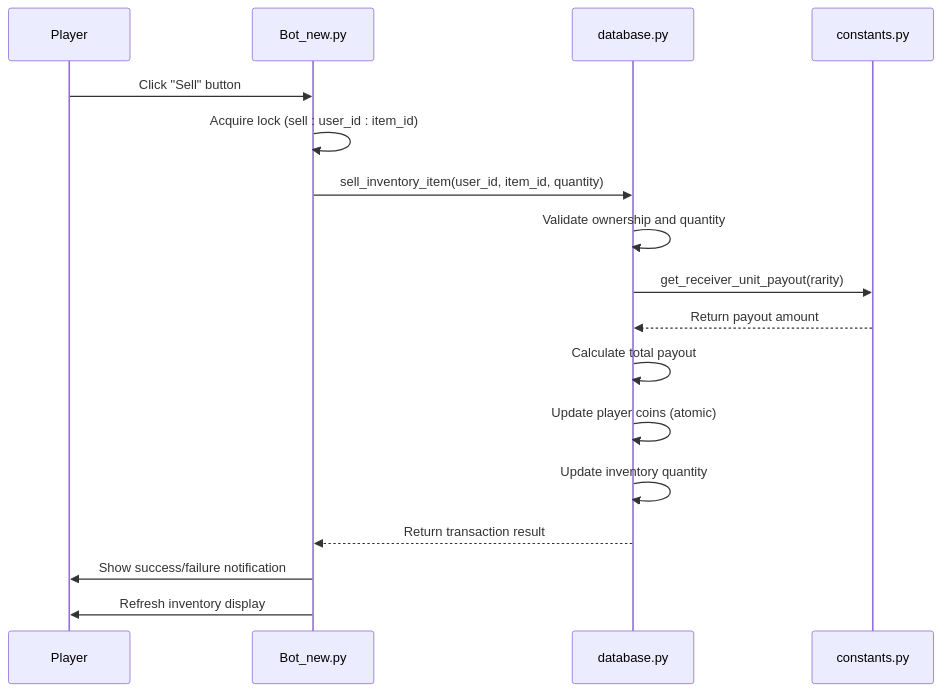
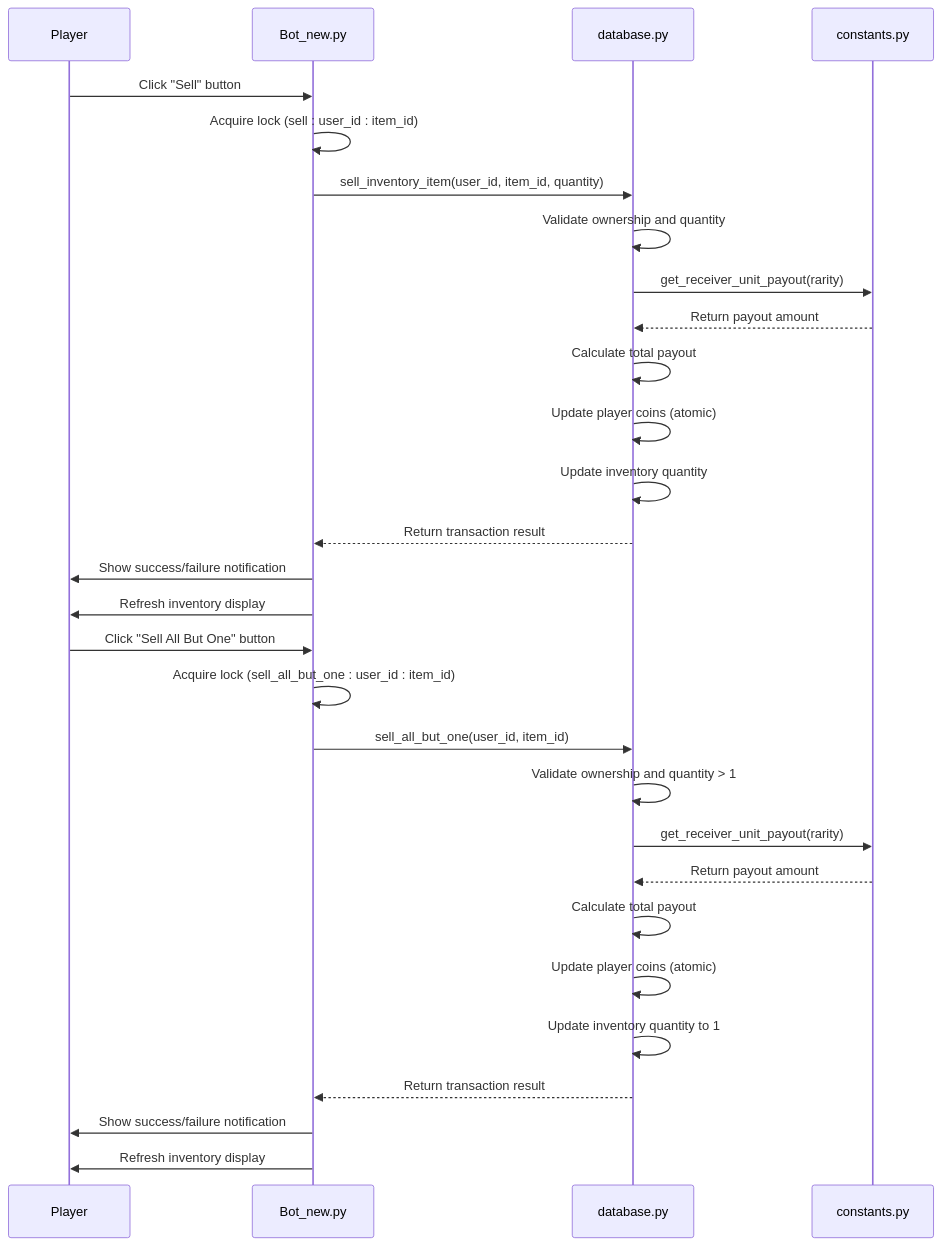
Before and after one commit to AntiLox12/RELOAD: the first of 4 diagrams in .qoder/repowiki/en/content/Economic System/Receiver System (Item Selling).md, drawn with Mermaid. The commit also changed other lines of this file and 18 other files, not shown here.

````diff
--- a/.qoder/repowiki/en/content/Economic System/Receiver System (Item Selling).md
+++ b/.qoder/repowiki/en/content/Economic System/Receiver System (Item Selling).md
@@ -42,19 +50,31 @@
 ```mermaid
 sequenceDiagram
 participant User as Player
 participant Bot as Bot_new.py
 participant DB as database.py
 participant Constants as constants.py
 User->>Bot : Click "Sell" button
 Bot->>Bot : Acquire lock (sell : user_id : item_id)
 Bot->>DB : sell_inventory_item(user_id, item_id, quantity)
 DB->>DB : Validate ownership and quantity
 DB->>Constants : get_receiver_unit_payout(rarity)
 Constants-->>DB : Return payout amount
 DB->>DB : Calculate total payout
 DB->>DB : Update player coins (atomic)
 DB->>DB : Update inventory quantity
 DB-->>Bot : Return transaction result
 Bot->>User : Show success/failure notification
 Bot->>User : Refresh inventory display
+User->>Bot : Click "Sell All But One" button
+Bot->>Bot : Acquire lock (sell_all_but_one : user_id : item_id)
+Bot->>DB : sell_all_but_one(user_id, item_id)
+DB->>DB : Validate ownership and quantity > 1
+DB->>Constants : get_receiver_unit_payout(rarity)
+Constants-->>DB : Return payout amount
+DB->>DB : Calculate total payout
+DB->>DB : Update player coins (atomic)
+DB->>DB : Update inventory quantity to 1
+DB-->>Bot : Return transaction result
+Bot->>User : Show success/failure notification
+Bot->>User : Refresh inventory display
 ```
````
